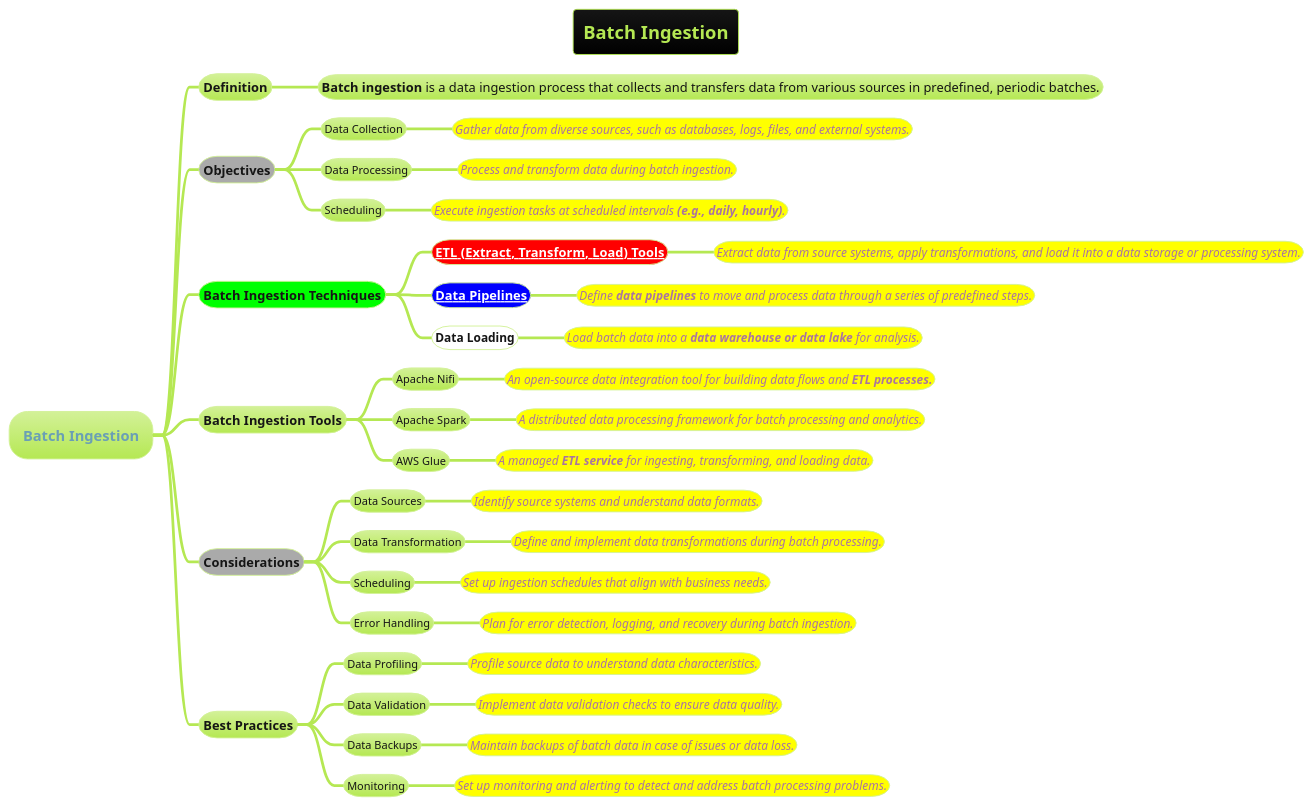
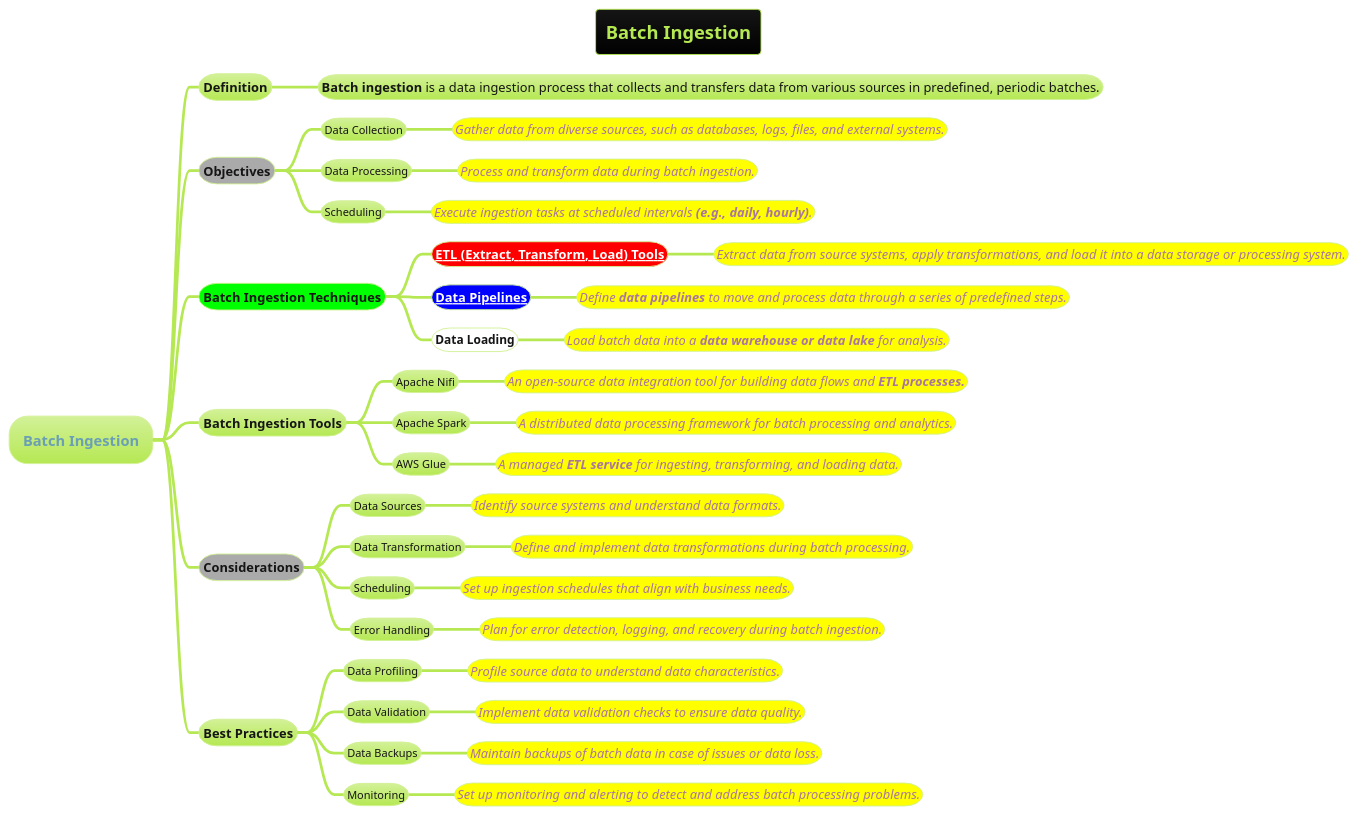
The diagram in docs/AI-ML- DL-Data-Science-and-BigData/data-science/data-engineering/data-pipeline/Batch-Ingestion.puml (MehmoodHashmi/Documentation-as-Code-DaC), drawn with PlantUML before and after one commit. The commit also changed 4 other files, not shown here.

```diff
--- a/docs/AI-ML- DL-Data-Science-and-BigData/data-science/data-engineering/data-pipeline/Batch-Ingestion.puml
+++ b/docs/AI-ML- DL-Data-Science-and-BigData/data-science/data-engineering/data-pipeline/Batch-Ingestion.puml
@@ -1,54 +1,54 @@
 @startmindmap
 title Batch Ingestion
 !theme hacker
 
 * Batch Ingestion
 ** Definition
 *** <size:14>**Batch ingestion** is a data ingestion process that collects and transfers data from various sources in predefined, periodic batches.
 
 **[#a] Objectives
 *** Data Collection
-****[#yellow] ====<size:13>Gather data from diverse sources, such as databases, logs, files, and external systems.
+****[#yellow] ====<size:14>Gather data from diverse sources, such as databases, logs, files, and external systems.
 *** Data Processing
-****[#yellow] ====<size:13>Process and transform data during batch ingestion.
+****[#yellow] ====<size:14>Process and transform data during batch ingestion.
 *** Scheduling
-****[#yellow] ====<size:13>Execute ingestion tasks at scheduled intervals **(e.g., daily, hourly)**.
+****[#yellow] ====<size:14>Execute ingestion tasks at scheduled intervals **(e.g., daily, hourly)**.
 
 **[#lime] Batch Ingestion Techniques
 ***[#red] ===**[[../../data-or-database-migration/Data-Migration-Strategies/ETL-(Extract-Transform-Load)-Strategy.puml ETL (Extract, Transform, Load) Tools]]**
-****[#yellow] ====<size:13>Extract data from source systems, apply transformations, and load it into a data storage or processing system.
+****[#yellow] ====<size:14>Extract data from source systems, apply transformations, and load it into a data storage or processing system.
 ***[#blue] ===**[[data-pipeline.puml Data Pipelines]]**
-****[#yellow] ====<size:13>Define **data pipelines** to move and process data through a series of predefined steps.
+****[#yellow] ====<size:14>Define **data pipelines** to move and process data through a series of predefined steps.
 ***[#white] ===Data Loading
-****[#yellow] ====<size:13>Load batch data into a **data warehouse or data lake** for analysis.
+****[#yellow] ====<size:14>Load batch data into a **data warehouse or data lake** for analysis.
 
 ** Batch Ingestion Tools
 *** Apache Nifi
-****[#yellow] ====<size:13>An open-source data integration tool for building data flows and **ETL processes.**
+****[#yellow] ====<size:14>An open-source data integration tool for building data flows and **ETL processes.**
 *** Apache Spark
-****[#yellow] ====<size:13>A distributed data processing framework for batch processing and analytics.
+****[#yellow] ====<size:14>A distributed data processing framework for batch processing and analytics.
 *** AWS Glue
-****[#yellow] ====<size:13>A managed **ETL service **for ingesting, transforming, and loading data.
+****[#yellow] ====<size:14>A managed **ETL service **for ingesting, transforming, and loading data.
 
 **[#a] Considerations
 *** Data Sources
-****[#yellow] ====<size:13>Identify source systems and understand data formats.
+****[#yellow] ====<size:14>Identify source systems and understand data formats.
 *** Data Transformation
-****[#yellow] ====<size:13>Define and implement data transformations during batch processing.
+****[#yellow] ====<size:14>Define and implement data transformations during batch processing.
 *** Scheduling
-****[#yellow] ====<size:13>Set up ingestion schedules that align with business needs.
+****[#yellow] ====<size:14>Set up ingestion schedules that align with business needs.
 
 *** Error Handling
-****[#yellow] ====<size:13>Plan for error detection, logging, and recovery during batch ingestion.
+****[#yellow] ====<size:14>Plan for error detection, logging, and recovery during batch ingestion.
 
 ** Best Practices
 *** Data Profiling
-****[#yellow] ====<size:13>Profile source data to understand data characteristics.
+****[#yellow] ====<size:14>Profile source data to understand data characteristics.
 *** Data Validation
-****[#yellow] ====<size:13>Implement data validation checks to ensure data quality.
+****[#yellow] ====<size:14>Implement data validation checks to ensure data quality.
 *** Data Backups
-****[#yellow] ====<size:13>Maintain backups of batch data in case of issues or data loss.
+****[#yellow] ====<size:14>Maintain backups of batch data in case of issues or data loss.
 *** Monitoring
-****[#yellow] ====<size:13>Set up monitoring and alerting to detect and address batch processing problems.
+****[#yellow] ====<size:14>Set up monitoring and alerting to detect and address batch processing problems.
 
 @endmindmap
```
